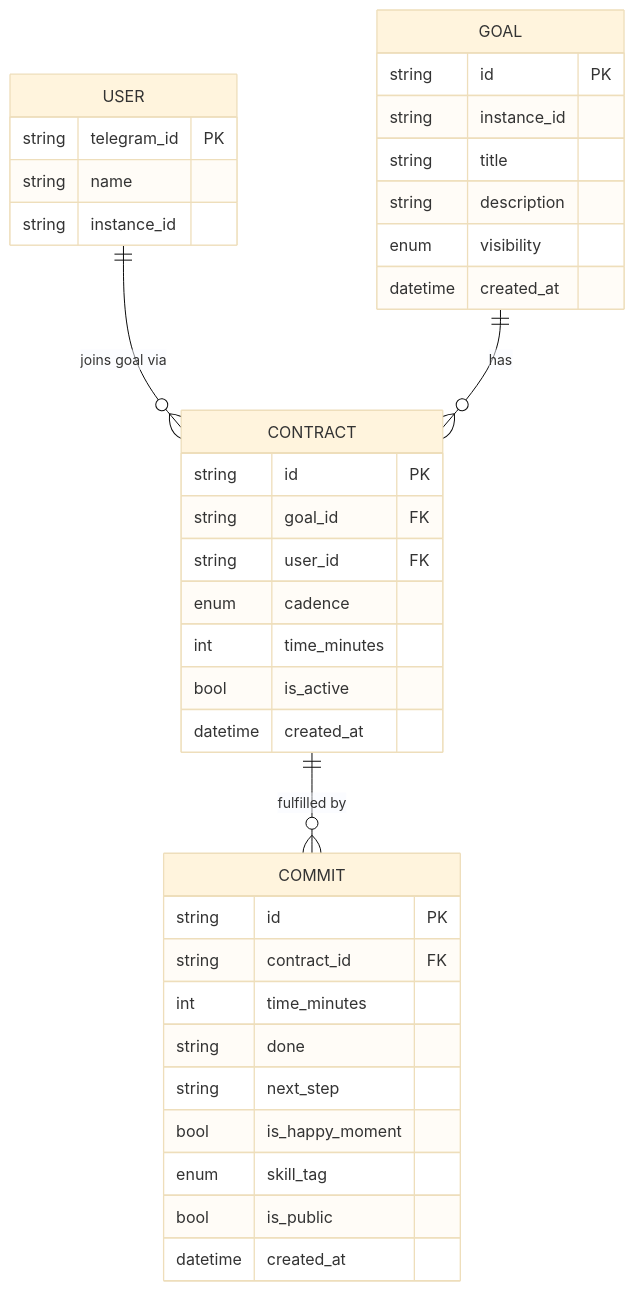
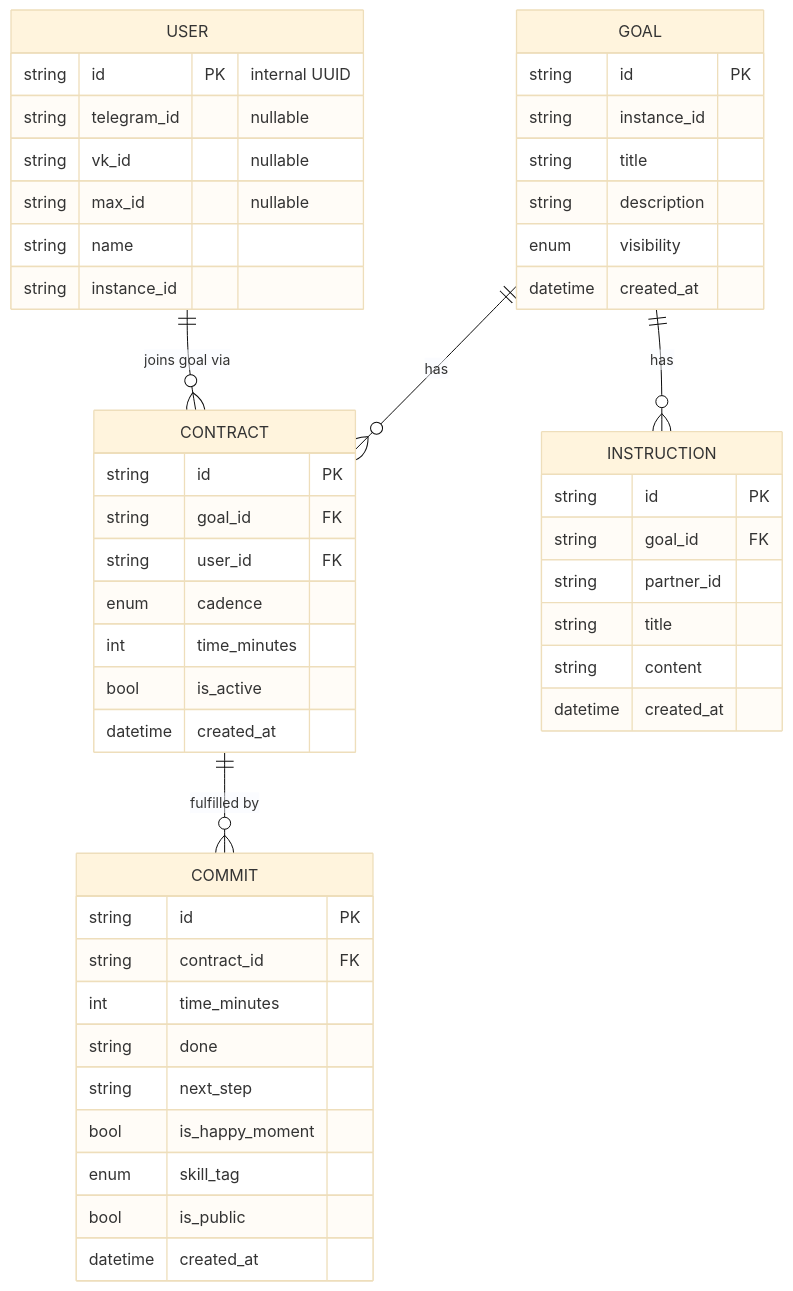
Before and after one commit to shared-goals/prd: the first of 2 diagrams in README.md, drawn with Mermaid (base theme). The commit also changed other lines of this file, not shown here.

````diff
--- a/README.md
+++ b/README.md
@@ -107,40 +107,52 @@
 ```mermaid
 erDiagram
     USER {
-        string telegram_id PK
+        string id PK "internal UUID"
+        string telegram_id "nullable"
+        string vk_id "nullable"
+        string max_id "nullable"
         string name
         string instance_id
     }
     GOAL {
         string id PK
         string instance_id
         string title
         string description
         enum visibility
         datetime created_at
     }
     CONTRACT {
         string id PK
         string goal_id FK
         string user_id FK
         enum cadence
         int time_minutes
         bool is_active
         datetime created_at
     }
     COMMIT {
         string id PK
         string contract_id FK
         int time_minutes
         string done
         string next_step
         bool is_happy_moment
         enum skill_tag
         bool is_public
         datetime created_at
     }
+    INSTRUCTION {
+        string id PK
+        string goal_id FK
+        string partner_id
+        string title
+        string content
+        datetime created_at
+    }
 
     USER ||--o{ CONTRACT : "joins goal via"
     GOAL ||--o{ CONTRACT : "has"
     CONTRACT ||--o{ COMMIT : "fulfilled by"
+    GOAL ||--o{ INSTRUCTION : "has"
 ```
````
